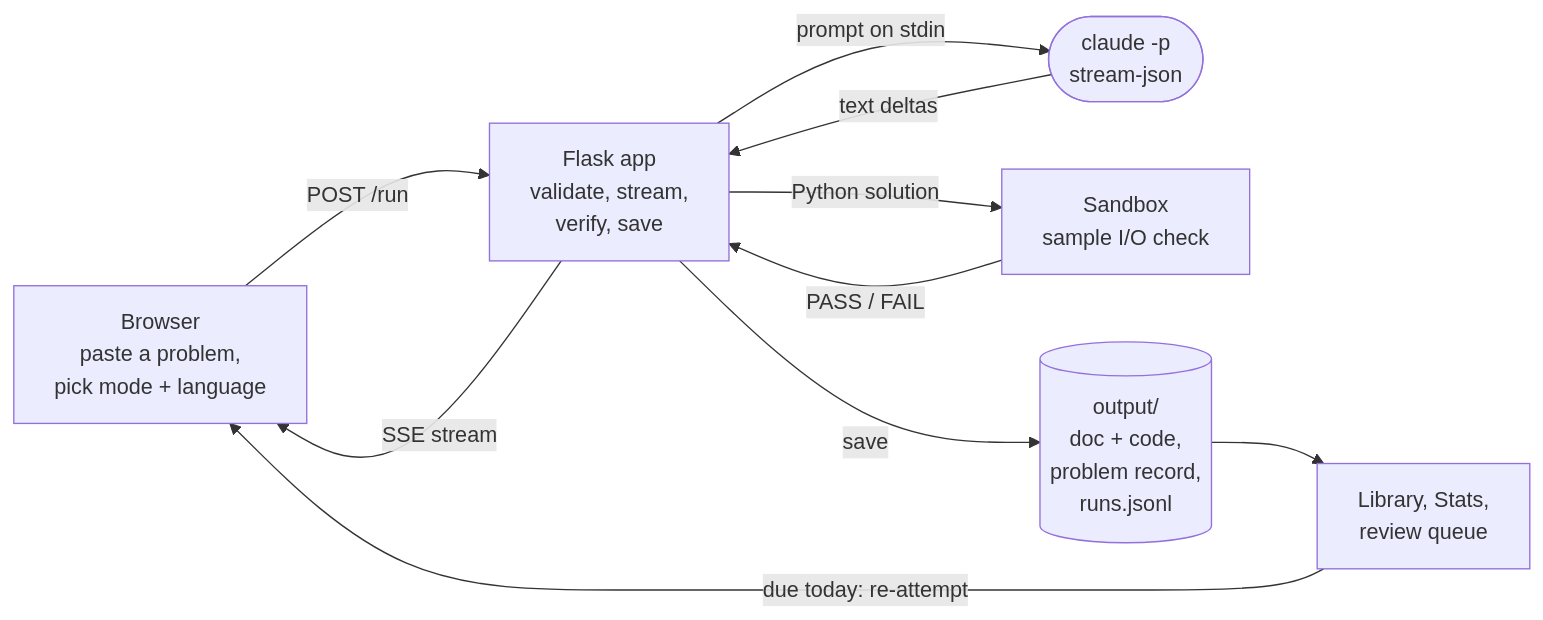
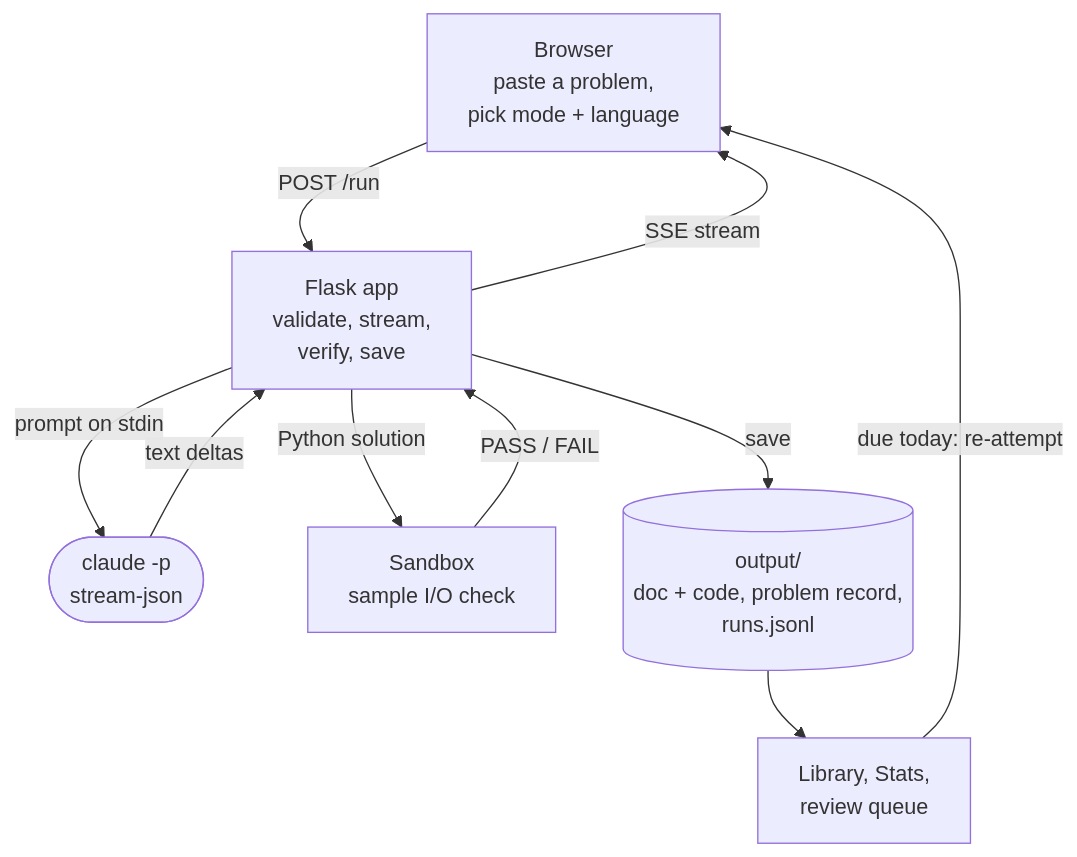
Before and after one commit to yib7/LeetCoach: the diagram in README.md, drawn with Mermaid.

Commit message:
docs(readme): draw the run flow top-down so GitHub's diagram controls cover nothing

````diff
--- a/README.md
+++ b/README.md
@@ -48,19 +48,19 @@
 ```mermaid
-flowchart LR
+flowchart TD
     B["Browser<br/>paste a problem,<br/>pick mode + language"]
     F["Flask app<br/>validate, stream,<br/>verify, save"]
     C(["claude -p<br/>stream-json"])
     S["Sandbox<br/>sample I/O check"]
-    O[("output/<br/>doc + code,<br/>problem record,<br/>runs.jsonl")]
+    O[("output/<br/>doc + code, problem record,<br/>runs.jsonl")]
     L["Library, Stats,<br/>review queue"]
 
     B -->|"POST /run"| F
+    F -->|"SSE stream"| B
     F -->|"prompt on stdin"| C
     C -->|"text deltas"| F
-    F -->|"SSE stream"| B
     F -->|"Python solution"| S
     S -->|"PASS / FAIL"| F
     F -->|"save"| O
     O --> L
     L -->|"due today: re-attempt"| B
 ```
````
